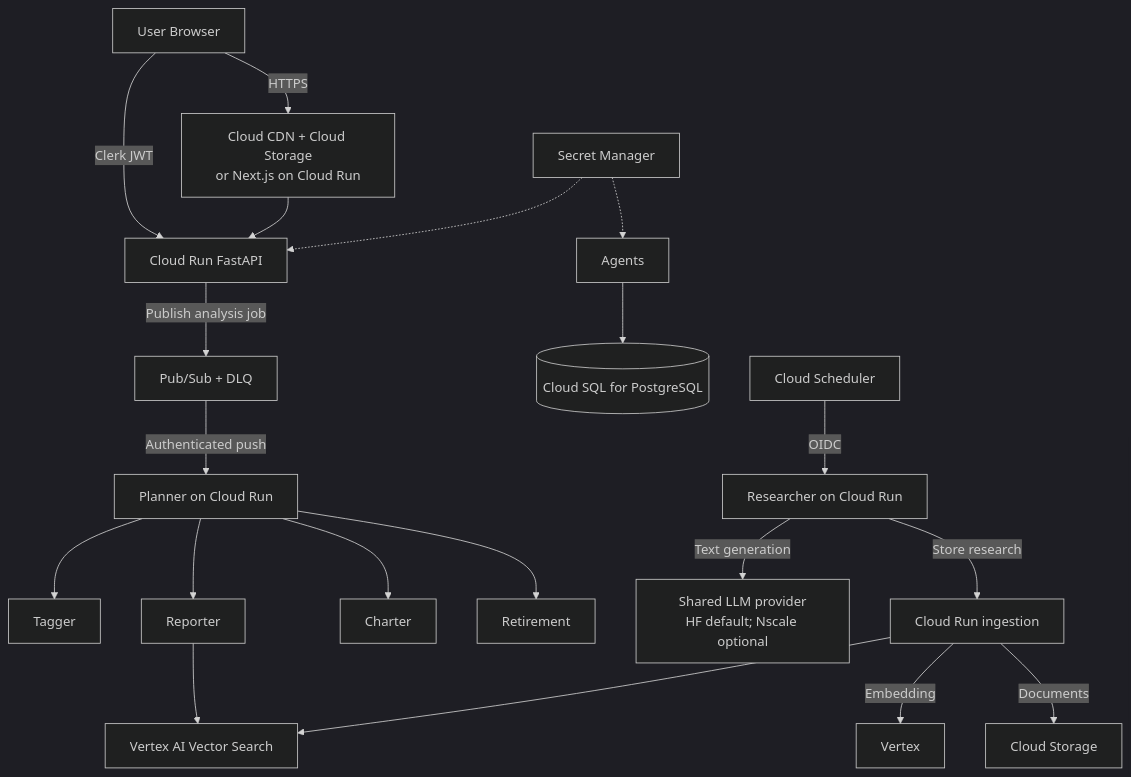
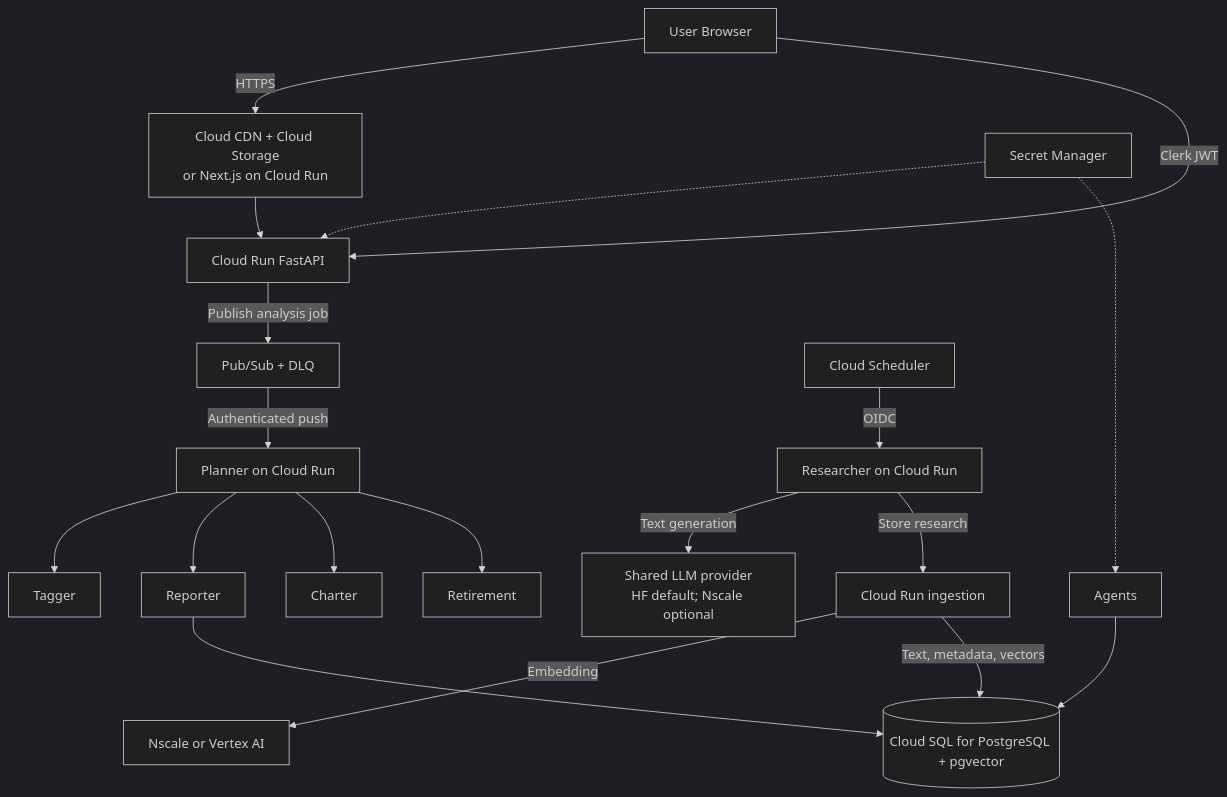
Before and after one commit to milleralan1/donner_production: the diagram in wk4/alex/guides_GCP/architecture.md, drawn with Mermaid (dark theme). The commit also changed other lines of this file and 26 other files, not shown here.

````diff
--- a/wk4/alex/guides_GCP/architecture.md
+++ b/wk4/alex/guides_GCP/architecture.md
@@ -7,22 +7,21 @@
 ```mermaid
 graph TB
     User[User Browser] -->|HTTPS| Frontend[Cloud CDN + Cloud Storage<br/>or Next.js on Cloud Run]
     User -->|Clerk JWT| API[Cloud Run FastAPI]
     Frontend --> API
     API -->|Publish analysis job| PubSub[Pub/Sub + DLQ]
     PubSub -->|Authenticated push| Planner[Planner on Cloud Run]
     Planner --> Tagger[Tagger]
     Planner --> Reporter[Reporter]
     Planner --> Charter[Charter]
     Planner --> Retirement[Retirement]
-    Agents --> SQL[(Cloud SQL for PostgreSQL)]
-    Reporter --> Vector[Vertex AI Vector Search]
+    Agents --> SQL[(Cloud SQL for PostgreSQL + pgvector)]
+    Reporter --> SQL
     Researcher[Researcher on Cloud Run] -->|Text generation| LLM[Shared LLM provider<br/>HF default; Nscale optional]
     Researcher -->|Store research| Ingest[Cloud Run ingestion]
-    Ingest -->|Embedding| Vertex
-    Ingest -->|Documents| GCS[Cloud Storage]
-    Ingest --> Vector
+    Ingest -->|Embedding| Embedder[Nscale or Vertex AI]
+    Ingest -->|Text, metadata, vectors| SQL
     Scheduler[Cloud Scheduler] -->|OIDC| Researcher
     Secrets[Secret Manager] -.-> API
     Secrets -.-> Agents
 ```
````
